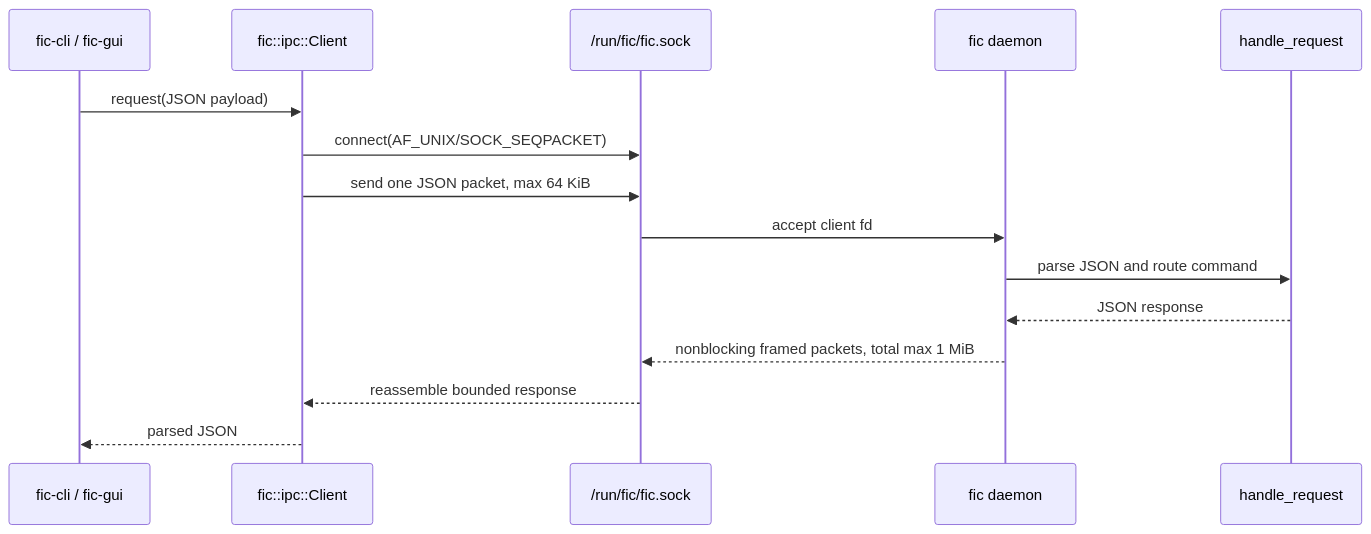
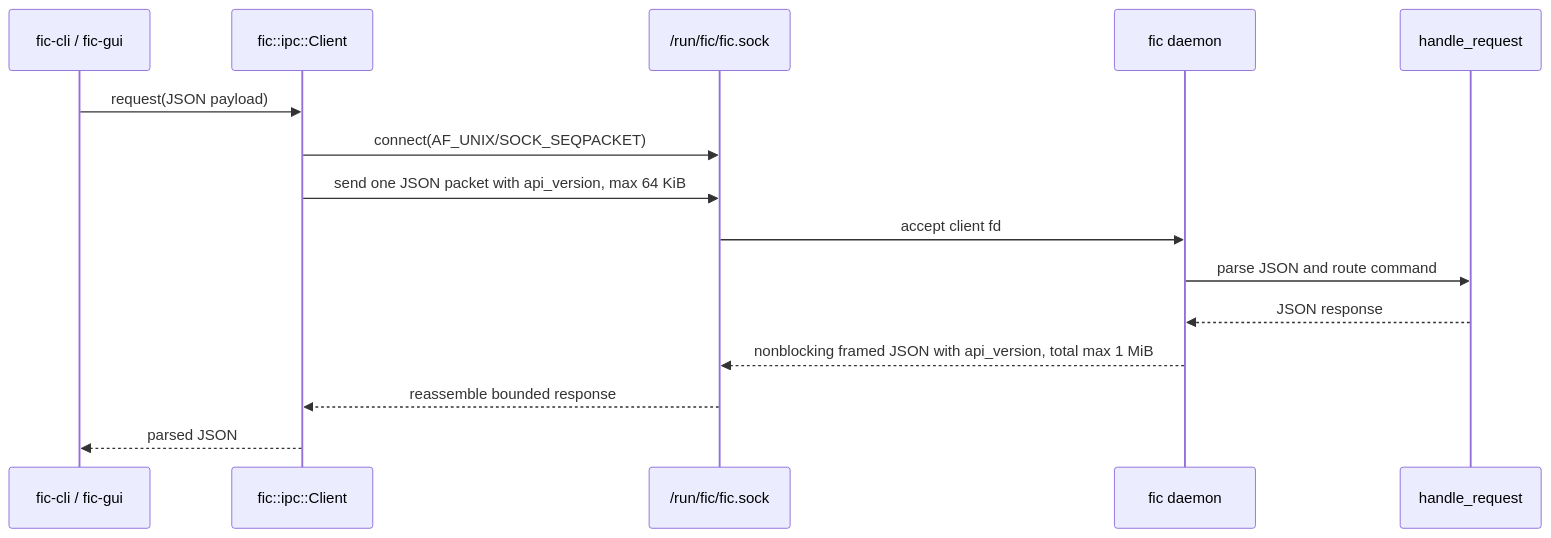
The fourth of 18 diagrams in docs/architecture-diagrams.md (RevoltStar/FIC), drawn with Mermaid before and after one commit. The commit also changed other lines of this file and 52 other files, not shown here.

````diff
--- a/docs/architecture-diagrams.md
+++ b/docs/architecture-diagrams.md
@@ -193,18 +193,18 @@
 ```mermaid
 sequenceDiagram
     participant Client as fic-cli / fic-gui
     participant IpcClient as fic::ipc::Client
     participant Socket as /run/fic/fic.sock
     participant Daemon as fic daemon
     participant Router as handle_request
 
     Client->>IpcClient: request(JSON payload)
     IpcClient->>Socket: connect(AF_UNIX/SOCK_SEQPACKET)
-    IpcClient->>Socket: send one JSON packet, max 64 KiB
+    IpcClient->>Socket: send one JSON packet with api_version, max 64 KiB
     Socket->>Daemon: accept client fd
     Daemon->>Router: parse JSON and route command
     Router-->>Daemon: JSON response
-    Daemon-->>Socket: nonblocking framed packets, total max 1 MiB
+    Daemon-->>Socket: nonblocking framed JSON with api_version, total max 1 MiB
     Socket-->>IpcClient: reassemble bounded response
     IpcClient-->>Client: parsed JSON
 ```
````
